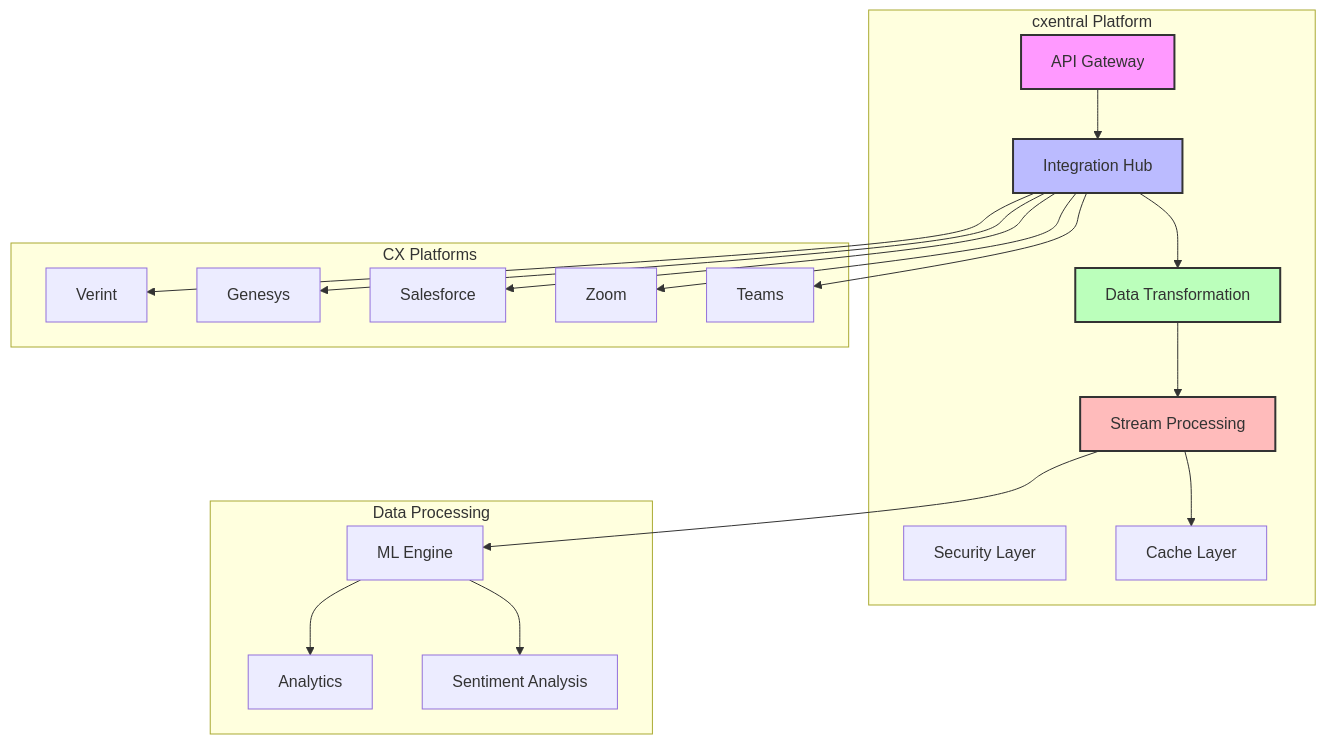
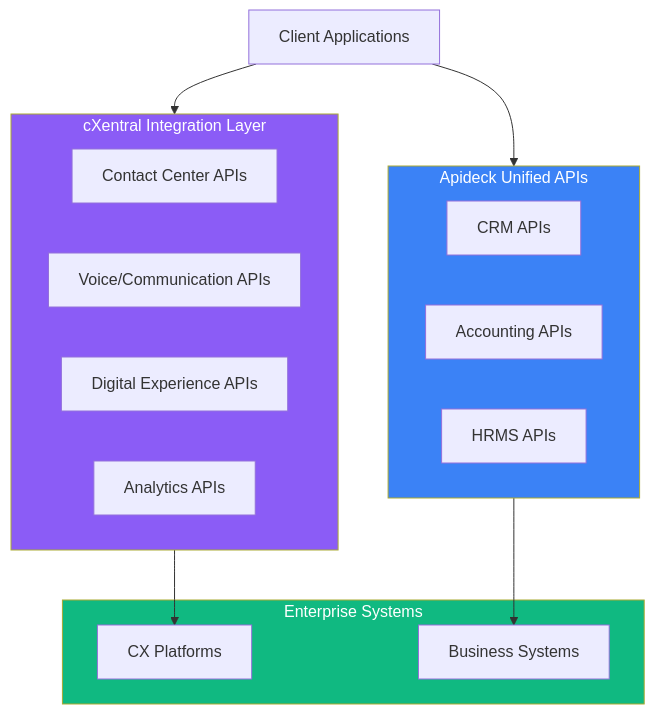
One commit to cXentral/cXentral-New-Install changed the diagram in integration-architecture.mermaid. Above: the diagram before and after it, drawn with Mermaid. The commit also changed 1 other file, not shown here.

```diff
--- a/integration-architecture.mermaid
+++ b/integration-architecture.mermaid
@@ -1,43 +1,28 @@
-graph TB
-    subgraph "cxentral Platform"
-        API[API Gateway]
-        INT[Integration Hub]
-        ETL[Data Transformation]
-        SEC[Security Layer]
-        STREAM[Stream Processing]
-        CACHE[Cache Layer]
+flowchart TB
+    subgraph CX["cXentral Integration Layer"]
+        CCaaS[Contact Center APIs]
+        Voice[Voice/Communication APIs]
+        DXP[Digital Experience APIs]
+        Analytics[Analytics APIs]
     end
 
-    subgraph "CX Platforms"
-        V[Verint]
-        G[Genesys]
-        SF[Salesforce]
-        ZM[Zoom]
-        T[Teams]
+    subgraph Apideck["Apideck Unified APIs"]
+        CRM[CRM APIs]
+        ACC[Accounting APIs]
+        HR[HRMS APIs]
     end
 
-    subgraph "Data Processing"
-        ML[ML Engine]
-        ANLX[Analytics]
-        SENT[Sentiment Analysis]
+    subgraph Platforms["Enterprise Systems"]
+        CXSP[CX Platforms]
+        BizSys[Business Systems]
     end
 
-    API --> INT
-    INT --> ETL
-    ETL --> STREAM
-    STREAM --> CACHE
+    Client[Client Applications] --> CX
+    Client --> Apideck
+    
+    CX --> CXSP
+    Apideck --> BizSys
 
-    INT --> V
-    INT --> G
-    INT --> SF
-    INT --> ZM
-    INT --> T
-
-    STREAM --> ML
-    ML --> ANLX
-    ML --> SENT
-
-    style API fill:#f9f,stroke:#333,stroke-width:2px
-    style INT fill:#bbf,stroke:#333,stroke-width:2px
-    style ETL fill:#bfb,stroke:#333,stroke-width:2px
-    style STREAM fill:#fbb,stroke:#333,stroke-width:2px
+    style CX fill:#8b5cf6,color:#fff
+    style Apideck fill:#3b82f6,color:#fff
+    style Platforms fill:#10b981,color:#fff
```
